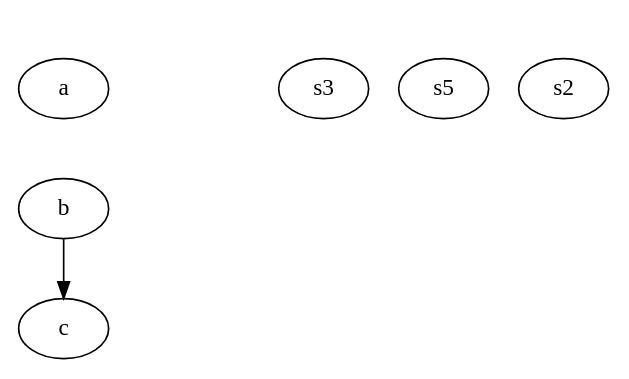
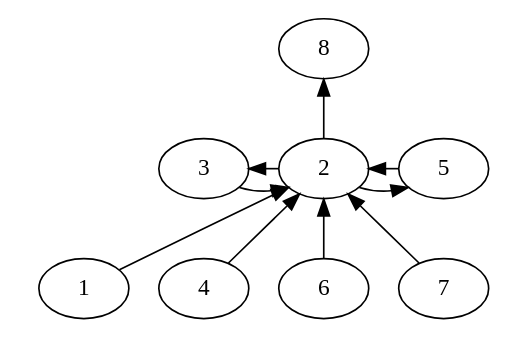
Before and after one commit to sisyphus1212/note: the diagram in dpdk/内存管理.md, drawn with Graphviz.

Commit message:
auto_update

````diff
--- a/dpdk/内存管理.md
+++ b/dpdk/内存管理.md
@@ -16,17 +16,70 @@
 ```graphviz
-digraph {
-	edge [style="invis"]
-	a -> b
-	b -> c [style=""]
+digraph b {
+    overlap = false;
+    splines = true;
+
+    s8 [label = 8;group = g1;];
+
+    s2 [label = 3;group = g2;];
+    s3 [label = 2;group = g2;];
+    s5 [label = 5;group = g2;];
+
+    s1 [label = 1;group = g3;];
+    s4 [label = 4;group = g3;];
+    s6 [label = 6;group = g3;];
+    s7 [label = 7;group = g3;];
+
+
+
+    s8 -> s3 [dir = back;];
+    s1 -> s3;
+    s3 -> s6 [dir = back;];
+    s4 -> s3;
+    s7 -> s3;
+
+    s2 -> s3;
+    s3 -> s2;
+    s3 -> s5;
+    s5 -> s3;
+
+
+    subgraph a {
+        rankdir = TB;
+        rank = same;
+        s2;
+        s3;
+        s5;
+    }
+
+    subgraph {
+        s1 -> s4 [style = invis;];
+        s4 -> s6 [style = invis;];
+        s6 -> s7 [style = invis;];
+        s1 -> start [style = invis;];
+    }
     subgraph {
         rankdir = LR;
         rank = same;
+
         start [style = invis;];
-        start -> s3 [style = invis;];
-        s3 -> s2 [style = invis;];
+        start -> s2 [style = invis;];
+        s2 -> s3 [style = invis;];
         s3 -> s5 [style = invis;];
     }
-}
 
 
+    subgraph c {
+        rankdir = TB;
+        rank = same;
+        s1;
+        s4;
+        s6;
+        s7;
+    }
+    subgraph d {
+        rank = same;
+        s8;
+    }
+    rank = same;
+}
 ```
````
